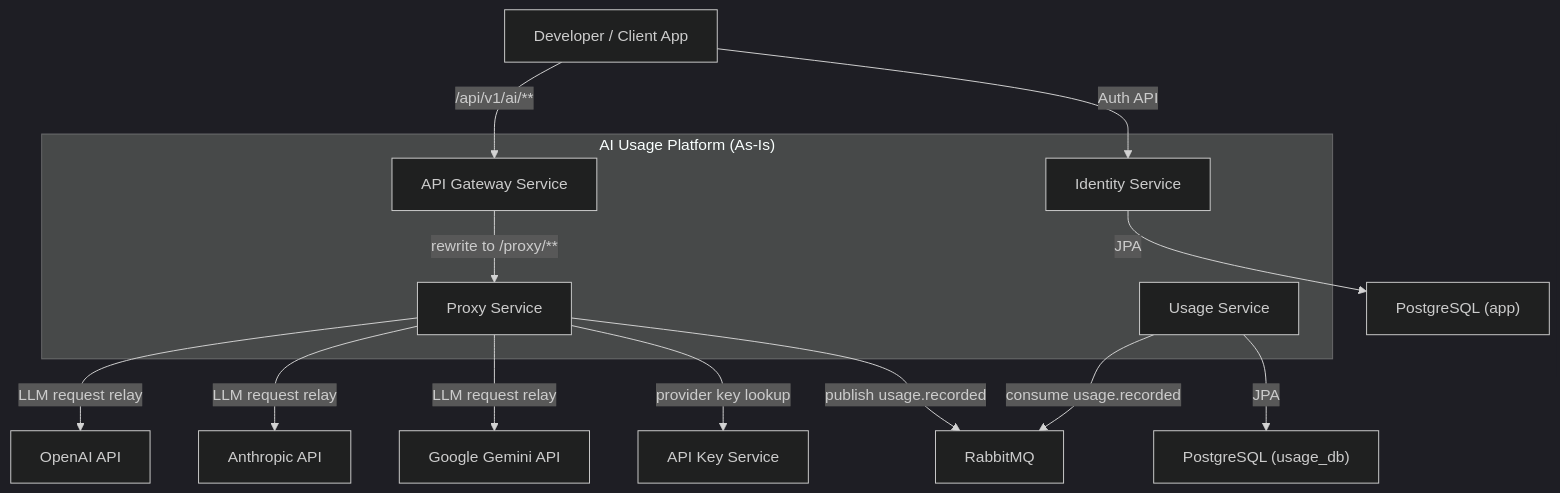
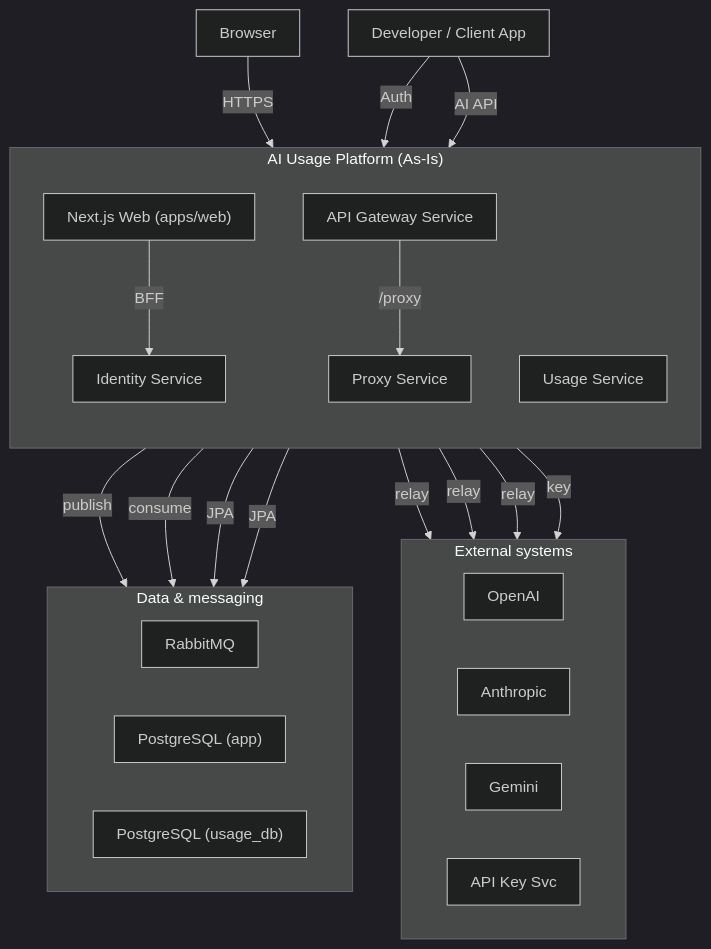
Before and after one commit to Zero-Bug-Freinds/ai-api-usage-monitor: the first of 11 diagrams in docs/c4-architecture-diagrams.md, drawn with Mermaid (dark theme). The commit also changed other lines of this file and 1 other file, not shown here.

````diff
--- a/docs/c4-architecture-diagrams.md
+++ b/docs/c4-architecture-diagrams.md
@@ -16,33 +19,46 @@
 ```mermaid
+%%{init: {'flowchart': {'htmlLabels': true, 'nodeSpacing': 50, 'rankSpacing': 70, 'padding': 12}}}%%
 flowchart TB
+    browser["Browser"]
     client["Developer / Client App"]
 
     subgraph platform["AI Usage Platform (As-Is)"]
+      direction TB
+      web["Next.js Web (apps/web)"]
       gateway["API Gateway Service"]
       proxy["Proxy Service"]
       identity["Identity Service"]
       usage["Usage Service"]
     end
 
-    openai["OpenAI API"]
-    anthropic["Anthropic API"]
-    google["Google Gemini API"]
-    keysvc["API Key Service"]
-    rabbit["RabbitMQ"]
-    appDb["PostgreSQL (app)"]
-    usageDb["PostgreSQL (usage_db)"]
+    subgraph ext["External systems"]
+      direction LR
+      openai["OpenAI"]
+      anthropic["Anthropic"]
+      google["Gemini"]
+      keysvc["API Key Svc"]
+    end
 
-    client -->|Auth API| identity
-    client -->|/api/v1/ai/**| gateway
-    gateway -->|rewrite to /proxy/**| proxy
+    subgraph data["Data & messaging"]
+      direction LR
+      rabbit["RabbitMQ"]
+      appDb["PostgreSQL (app)"]
+      usageDb["PostgreSQL (usage_db)"]
+    end
 
-    proxy -->|LLM request relay| openai
-    proxy -->|LLM request relay| anthropic
-    proxy -->|LLM request relay| google
-    proxy -->|provider key lookup| keysvc
-    proxy -->|publish usage.recorded| rabbit
+    browser -->|HTTPS| web
+    web -->|BFF| identity
+    client -->|Auth| identity
+    client -->|AI API| gateway
+    gateway -->|/proxy| proxy
 
-    usage -->|consume usage.recorded| rabbit
+    proxy -->|relay| openai
+    proxy -->|relay| anthropic
+    proxy -->|relay| google
+    proxy -->|key| keysvc
+    proxy -->|publish| rabbit
+
+    usage -->|consume| rabbit
     identity -->|JPA| appDb
     usage -->|JPA| usageDb
 ```
````
